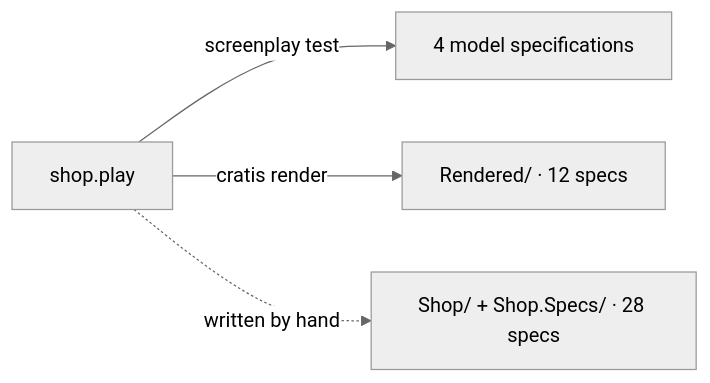
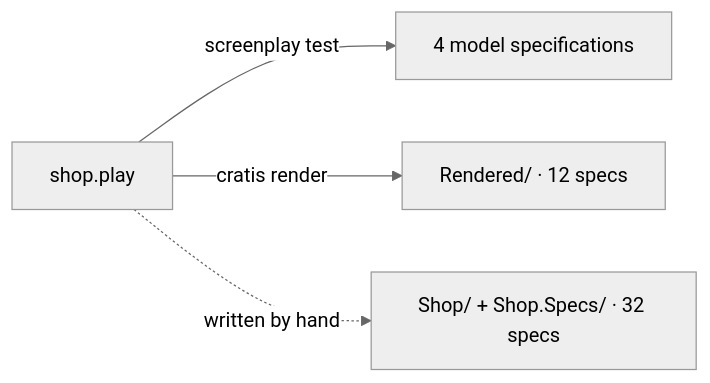
Before and after one commit to Cratis/Samples: the diagram in GeneratedValues/Shop/README.md, drawn with Mermaid (neutral theme). The commit also changed other lines of this file and 1 other file, not shown here.

````diff
--- a/GeneratedValues/Shop/README.md
+++ b/GeneratedValues/Shop/README.md
@@ -28,6 +28,6 @@
 ```mermaid
 flowchart LR
     model[shop.play] -->|screenplay test| evaluator[4 model specifications]
     model -->|cratis render| rendered[Rendered/ · 12 specs]
-    model -.->|written by hand| shop[Shop/ + Shop.Specs/ · 28 specs]
+    model -.->|written by hand| shop[Shop/ + Shop.Specs/ · 32 specs]
 ```
````
